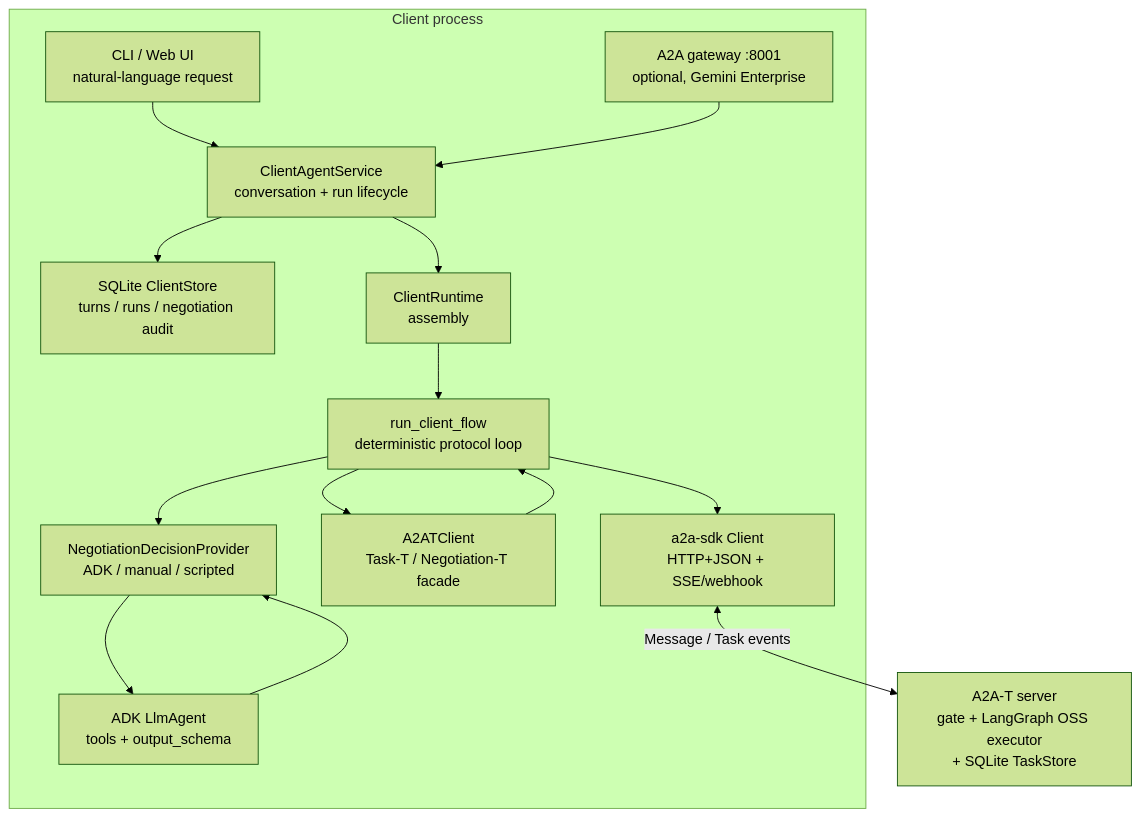
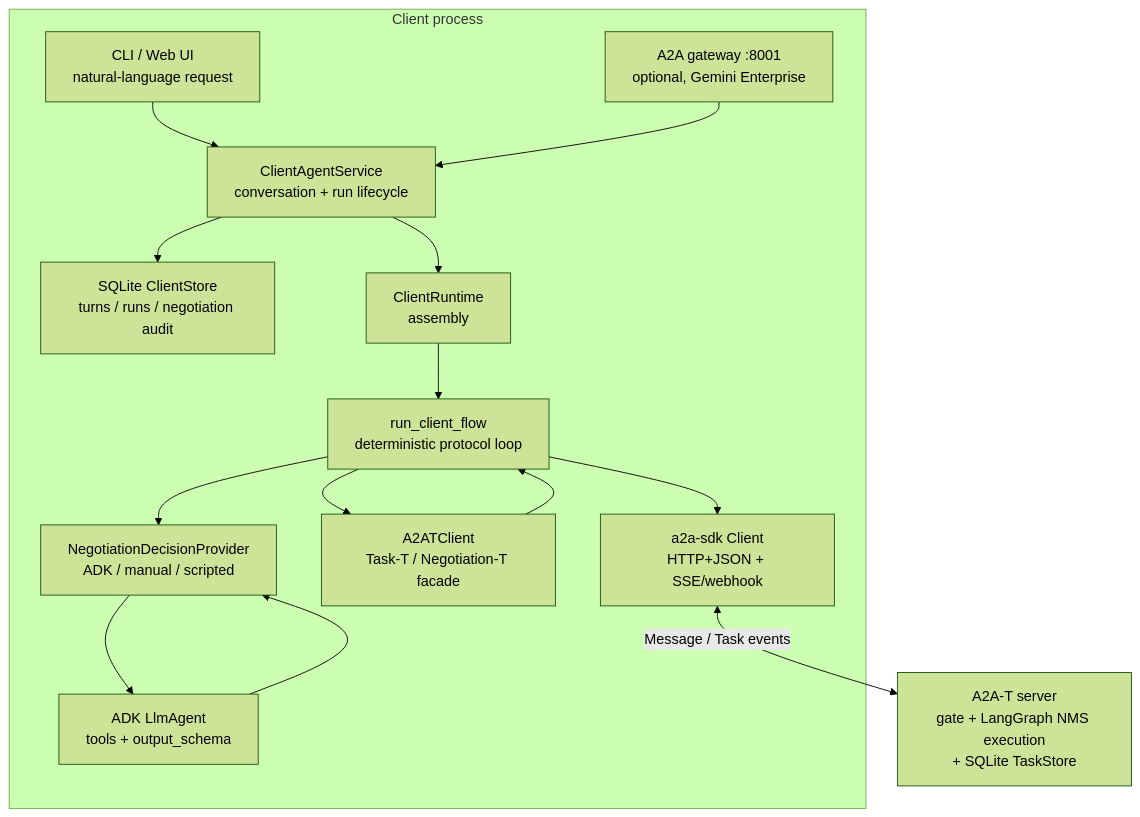
The third of 9 diagrams in a2a-t-sample/ran-energy-saving/README.md (codetalks-hw/a2a-t-sdk-python), drawn with Mermaid (forest theme) before and after one commit. The commit also changed other lines of this file and 1 other file, not shown here.

First line of the commit message:
docs(ran-sample): add a business view and correct the oss role

````diff
--- a/a2a-t-sample/ran-energy-saving/README.md
+++ b/a2a-t-sample/ran-energy-saving/README.md
@@ -134,26 +171,26 @@
 ```mermaid
 flowchart TB
     subgraph Client["Client process"]
         UI["CLI / Web UI<br/>natural-language request"]
         GW["A2A gateway :8001<br/>optional, Gemini Enterprise"]
         SVC["ClientAgentService<br/>conversation + run lifecycle"]
         STORE["SQLite ClientStore<br/>turns / runs / negotiation audit"]
         RT["ClientRuntime<br/>assembly"]
         FLOW["run_client_flow<br/>deterministic protocol loop"]
         PROV["NegotiationDecisionProvider<br/>ADK / manual / scripted"]
         AGENT["ADK LlmAgent<br/>tools + output_schema"]
         FACADE["A2ATClient<br/>Task-T / Negotiation-T facade"]
         A2A["a2a-sdk Client<br/>HTTP+JSON + SSE/webhook"]
         UI --> SVC
         GW --> SVC
         SVC --> STORE
         SVC --> RT --> FLOW
         FLOW --> PROV --> AGENT
         AGENT --> PROV
         FLOW --> FACADE
         FACADE --> FLOW
         FLOW --> A2A
     end
-    SERVER["A2A-T server<br/>gate + LangGraph OSS executor<br/>+ SQLite TaskStore"]
+    SERVER["A2A-T server<br/>gate + LangGraph NMS execution<br/>+ SQLite TaskStore"]
     A2A <-->|"Message / Task events"| SERVER
 ```
````
